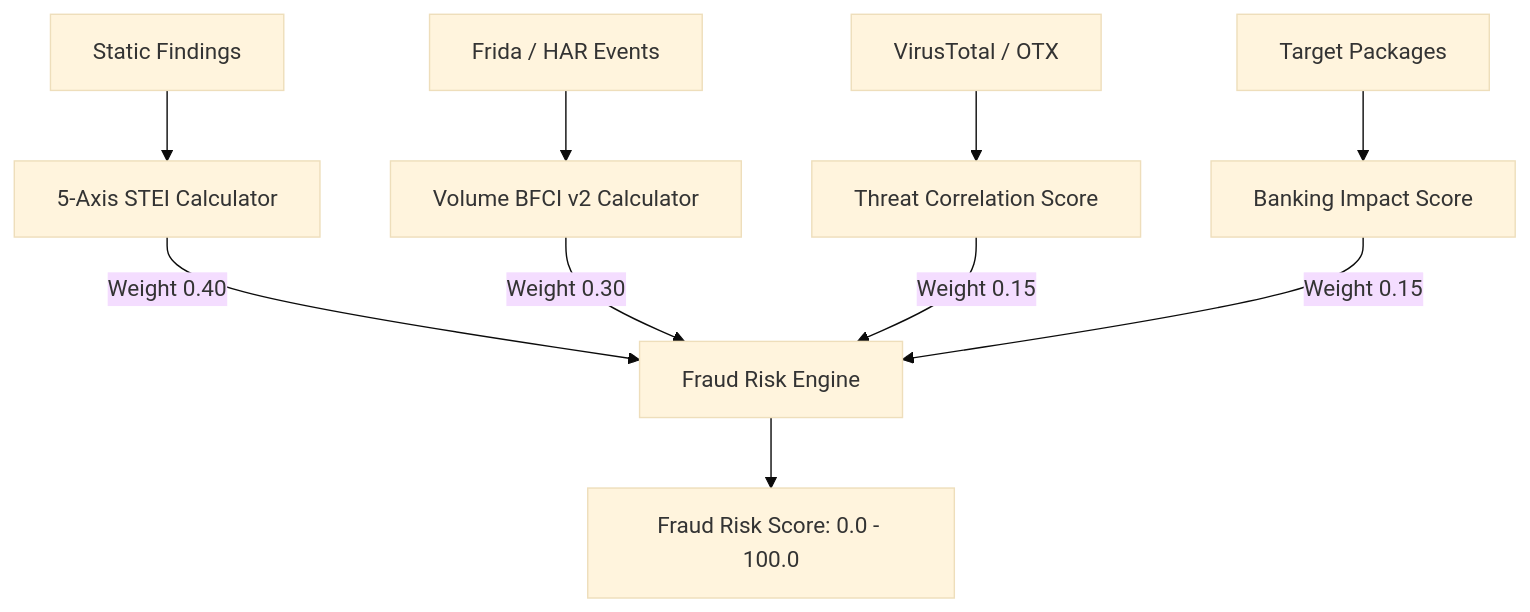
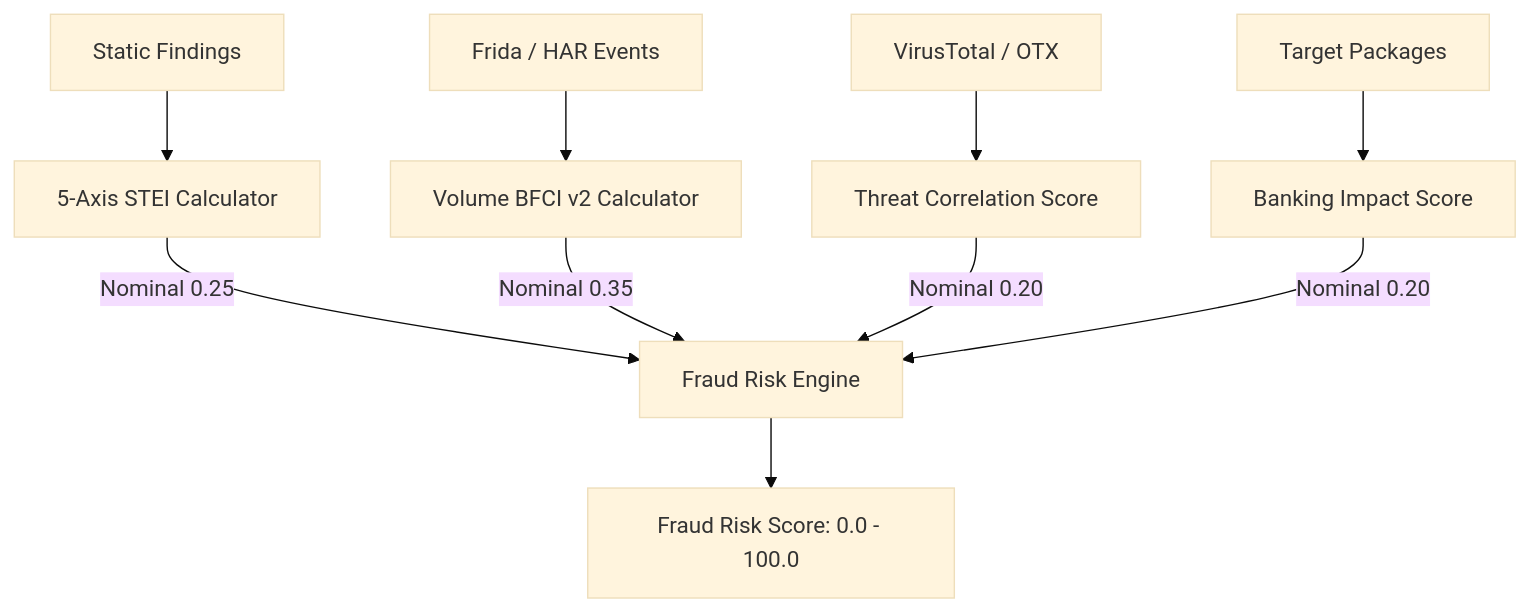
Before and after one commit to SanTiwari07/Sudarshan: the diagram in docs/architecture/08_DETERMINISTIC_RISK_ENGINE.md, drawn with Mermaid (base theme). The commit also changed other lines of this file and 99 other files, not shown here.

````diff
--- a/docs/architecture/08_DETERMINISTIC_RISK_ENGINE.md
+++ b/docs/architecture/08_DETERMINISTIC_RISK_ENGINE.md
@@ -32,14 +32,14 @@
 ```mermaid
 graph TD
     STATIC[Static Findings] --> STEI_CALC[5-Axis STEI Calculator]
     DYNAMIC[Frida / HAR Events] --> BFCI_CALC[Volume BFCI v2 Calculator]
     INTEL[VirusTotal / OTX] --> CORR_CALC[Threat Correlation Score]
     BANKS[Target Packages] --> BANK_CALC[Banking Impact Score]
 
-    STEI_CALC -->|Weight 0.40| FRS_ENG[Fraud Risk Engine]
-    BFCI_CALC -->|Weight 0.30| FRS_ENG
-    CORR_CALC -->|Weight 0.15| FRS_ENG
-    BANK_CALC -->|Weight 0.15| FRS_ENG
+    STEI_CALC -->|Nominal 0.25| FRS_ENG[Fraud Risk Engine]
+    BFCI_CALC -->|Nominal 0.35| FRS_ENG
+    CORR_CALC -->|Nominal 0.20| FRS_ENG
+    BANK_CALC -->|Nominal 0.20| FRS_ENG
 
     FRS_ENG --> FRS[Fraud Risk Score: 0.0 - 100.0]
 ```
````
